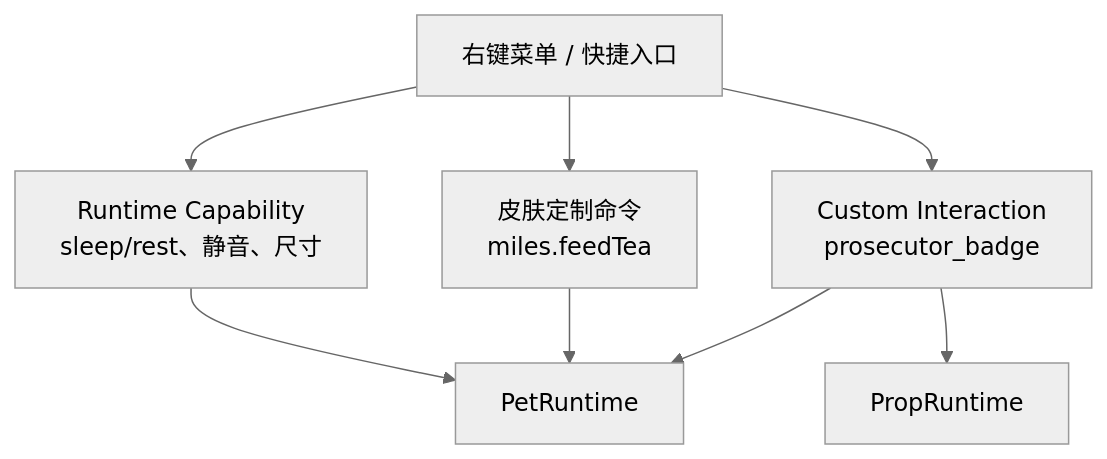
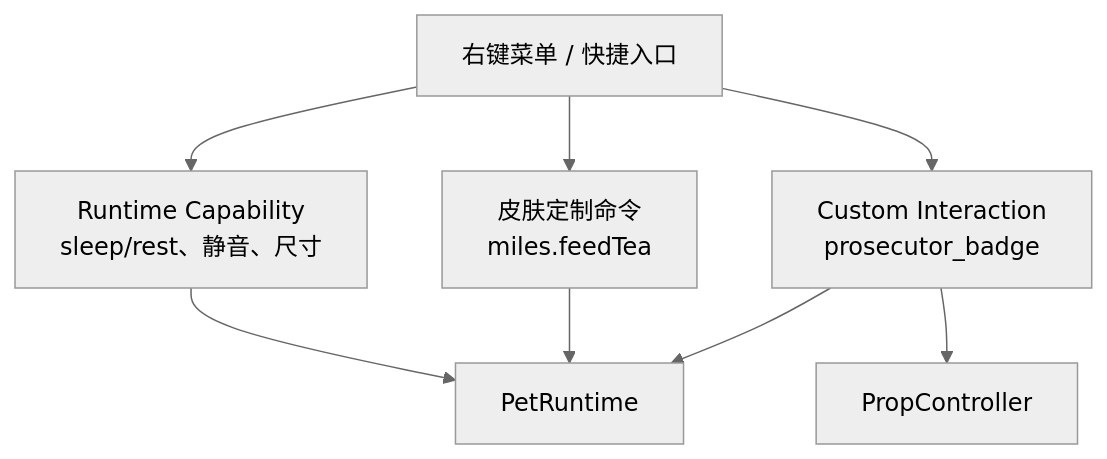
One commit to tiantian180/MilesEdgeworth changed the third of 4 diagrams in docs/v2/设计方案/皮肤包播放行为设计.md. Above: the diagram before and after it, drawn with Mermaid (neutral theme). The commit also changed other lines of this file and 40 other files, not shown here.

````diff
--- a/docs/v2/设计方案/皮肤包播放行为设计.md
+++ b/docs/v2/设计方案/皮肤包播放行为设计.md
@@ -322,14 +322,14 @@
 ```mermaid
 flowchart TD
     Menu["右键菜单 / 快捷入口"]
     Capability["Runtime Capability<br/>sleep/rest、静音、尺寸"]
     SkinCommand["皮肤定制命令<br/>miles.feedTea"]
     Custom["Custom Interaction<br/>prosecutor_badge"]
     Runtime["PetRuntime"]
-    Prop["PropRuntime"]
+    Prop["PropController"]
 
     Menu --> Capability --> Runtime
     Menu --> SkinCommand --> Runtime
     Menu --> Custom --> Runtime
     Custom --> Prop
 ```
````
